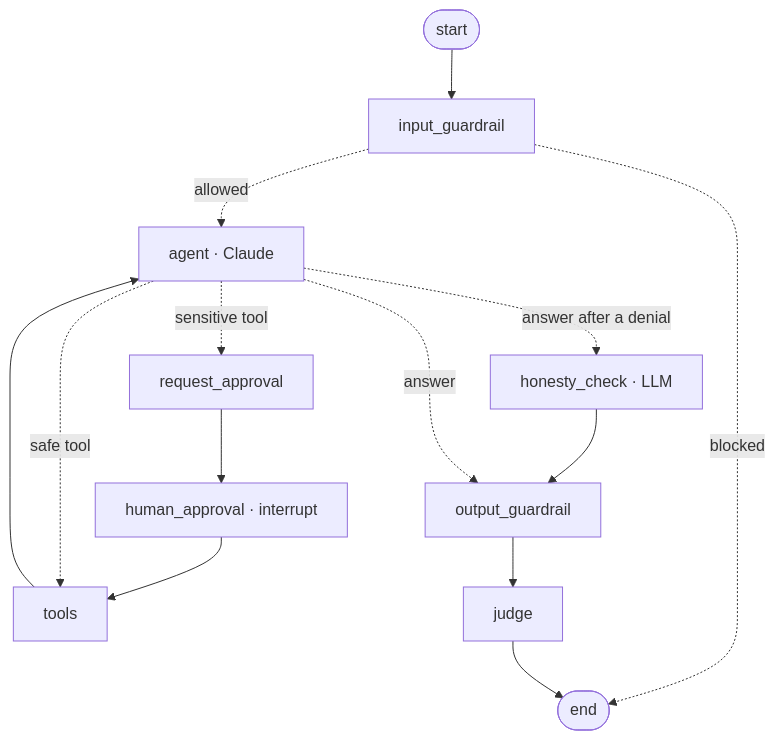
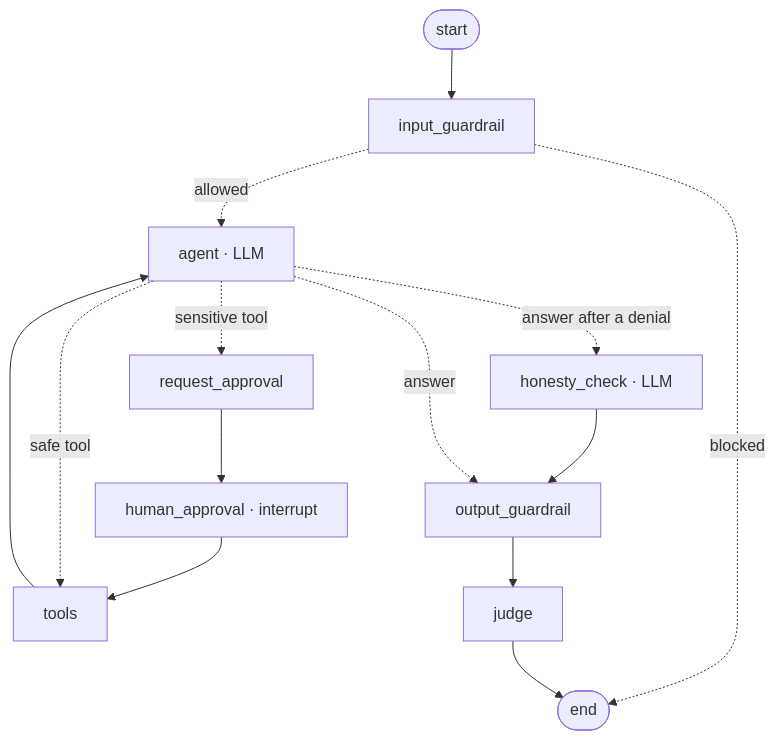
One commit to mittuthomas/hellobot-responsible-ai changed the first of 2 diagrams in README.md. Above: the diagram before and after it, drawn with Mermaid. The commit also changed other lines of this file and 12 other files, not shown here.

First line of the commit message:
Make the agent work with any LLM provider

````diff
--- a/README.md
+++ b/README.md
@@ -21,16 +21,16 @@
 ```mermaid
 graph TD
     START([start]) --> IG[input_guardrail]
     IG -. blocked .-> END([end])
-    IG -. allowed .-> AG[agent · Claude]
+    IG -. allowed .-> AG[agent · LLM]
     AG -. sensitive tool .-> RA[request_approval]
     RA --> HA[human_approval · interrupt]
     HA --> T[tools]
     AG -. safe tool .-> T
     T --> AG
     AG -. answer after a denial .-> HC[honesty_check · LLM]
     HC --> OG
     AG -. answer .-> OG[output_guardrail]
     OG --> J[judge]
     J --> END
 ```
````
